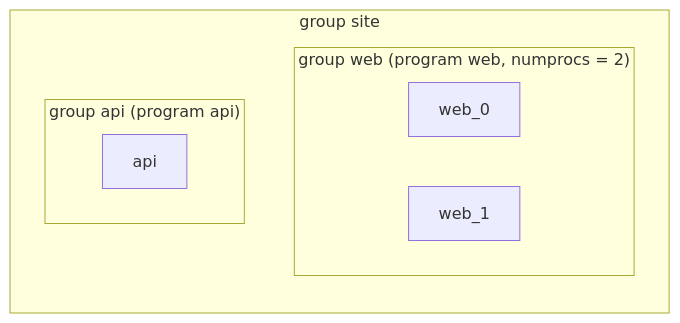
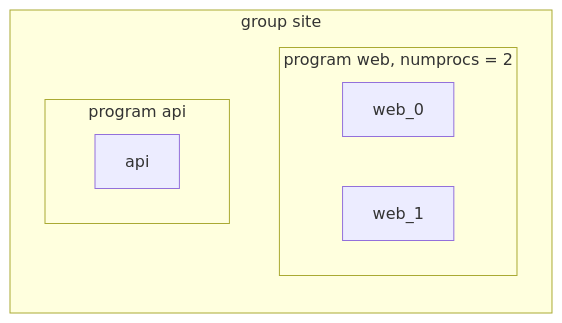
One commit to kahiteam/kahi changed the fourth of 4 diagrams in docs/process-lifecycle.md. Above: the diagram before and after it, drawn with Mermaid. The commit also changed other lines of this file and 20 other files, not shown here.

````diff
--- a/docs/process-lifecycle.md
+++ b/docs/process-lifecycle.md
@@ -181,12 +183,12 @@
 ```mermaid
 flowchart LR
     subgraph site["group site"]
-        subgraph web["group web (program web, numprocs = 2)"]
+        subgraph web["program web, numprocs = 2"]
             web0[web_0]
             web1[web_1]
         end
-        subgraph api["group api (program api)"]
+        subgraph api["program api"]
             api0[api]
         end
     end
 ```
````
